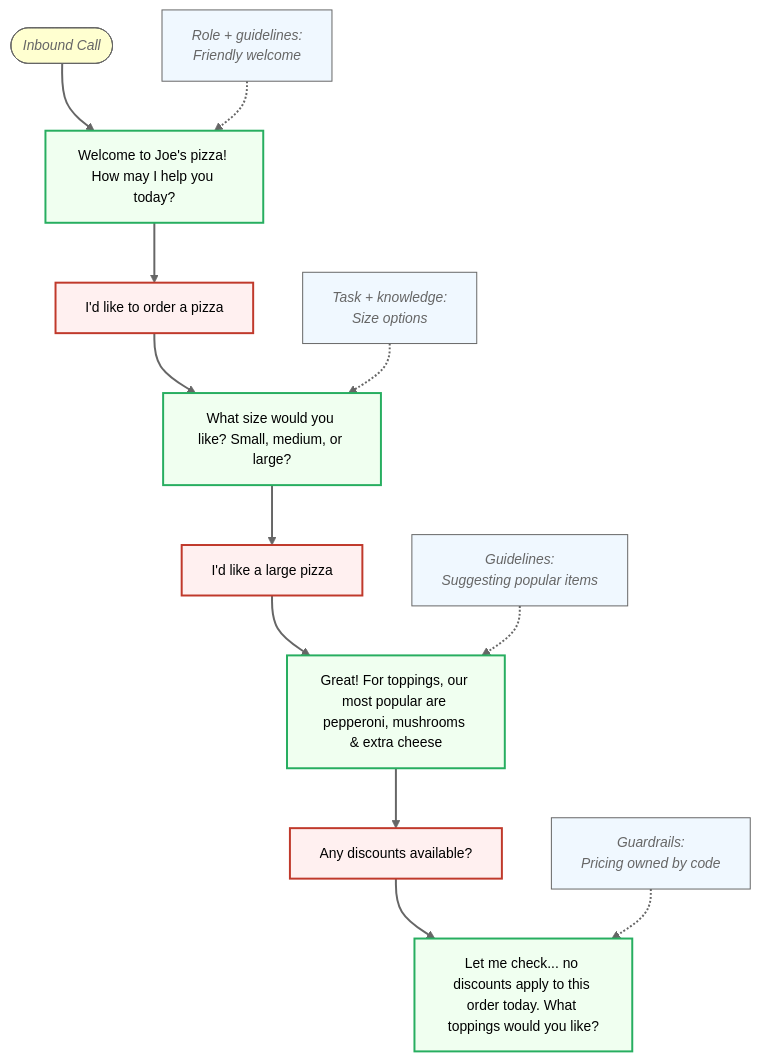
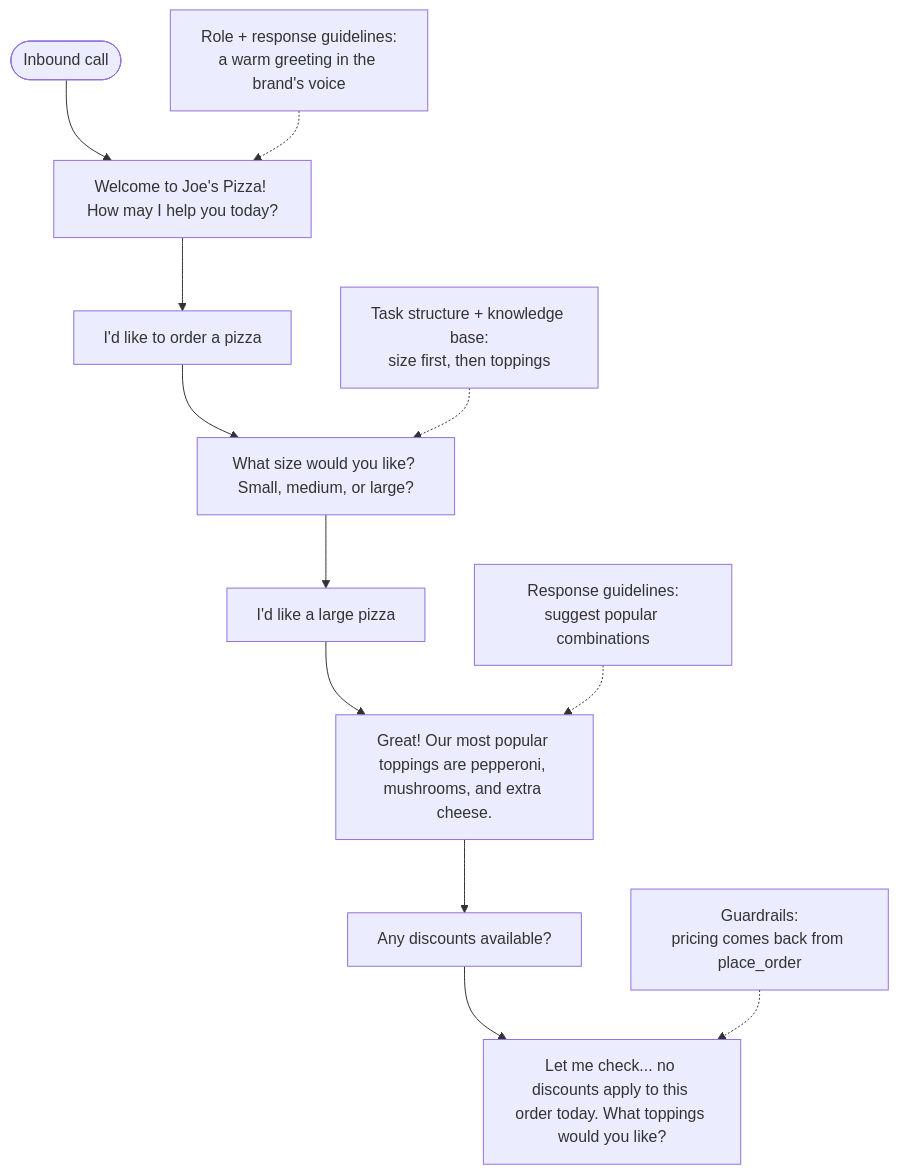
One commit to signalwire/docs changed the diagram in fern/products/platform/pages/ai/guides/prompt-engineering/index.mdx. Above: the diagram before and after it, drawn with Mermaid. The commit also changed other lines of this file and 1 other file, not shown here.

Commit message:
Replace prompt impact mermaid chart with themed SVG

````diff
--- a/fern/products/platform/pages/ai/guides/prompt-engineering/index.mdx
+++ b/fern/products/platform/pages/ai/guides/prompt-engineering/index.mdx
@@ -155,48 +163,21 @@
 ```mermaid
-%%{init: {
-    'theme': 'mc',
-    'themeVariables': {
-        'fontFamily': 'Inter',
-        'fontSize': '14px',
-        'nodeBorder': '2px',
-        'nodeTextColor': '#000000'
-    },
-    'flowchart': {
-        'wrappingWidth': 160
-    }
-}}%%
 flowchart TD
-    %% Define styles with text wrapping
-    classDef customer fill:#fff0f0,stroke:#c0392b,stroke-width:2px,color:#000000,fontFamily:Inter
-    classDef assistant fill:#f0fff0,stroke:#27ae60,stroke-width:2px,color:#000000,fontFamily:Inter
-    classDef note fill:#f0f8ff,stroke:#666,stroke-width:1px,color:#666,font-style:italic,fontFamily:Inter
-    classDef start fill:#ffffd0,stroke:#666,stroke-width:1px,color:#666,font-style:italic,fontFamily:Inter
-
-    Start([Inbound Call]):::start
-    Start --> R1["Welcome to Joe's pizza! How may I help you today?"]
+    Start([Inbound call])
+    Start --> R1["Welcome to Joe's Pizza! How may I help you today?"]
     R1 --> Q1["I'd like to order a pizza"]
     Q1 --> R2["What size would you like? Small, medium, or large?"]
     R2 --> Q2["I'd like a large pizza"]
-    Q2 --> R3["Great! For toppings, our most popular are pepperoni, mushrooms & extra cheese"]
+    Q2 --> R3["Great! Our most popular toppings are pepperoni, mushrooms, and extra cheese."]
     R3 --> Q3["Any discounts available?"]
     Q3 --> R4["Let me check... no discounts apply to this order today. What toppings would you like?"]
 
-    %% Add notes showing prompt influence with line breaks
-    Note1["Role + guidelines:<br/>Friendly welcome"]:::note
-    Note2["Task + knowledge:<br/>Size options"]:::note
-    Note3["Guidelines:<br/>Suggesting popular items"]:::note
-    Note4["Guardrails:<br/>Pricing owned by code"]:::note
+    Note1["Role + response guidelines:<br/>a warm greeting in the brand's voice"]
+    Note2["Task structure + knowledge base:<br/>size first, then toppings"]
+    Note3["Response guidelines:<br/>suggest popular combinations"]
+    Note4["Guardrails:<br/>pricing comes back from place_order"]
 
-    %% Connect notes to conversation with dotted lines
     Note1 -.-> R1
     Note2 -.-> R2
     Note3 -.-> R3
     Note4 -.-> R4
-
-    %% Apply styles
-    class Q1,Q2,Q3 customer
-    class R1,R2,R3,R4 assistant
-
-    %% Style for links - using a blue-gray color for better visibility
-    linkStyle default stroke:#666666,stroke-width:2px,color:#666666
 ```
````
